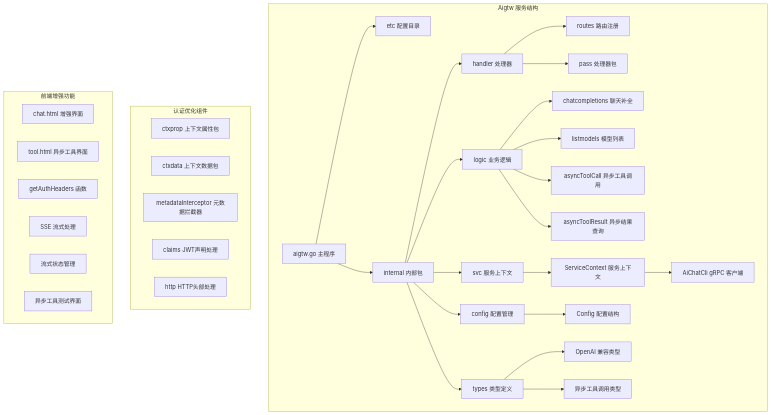
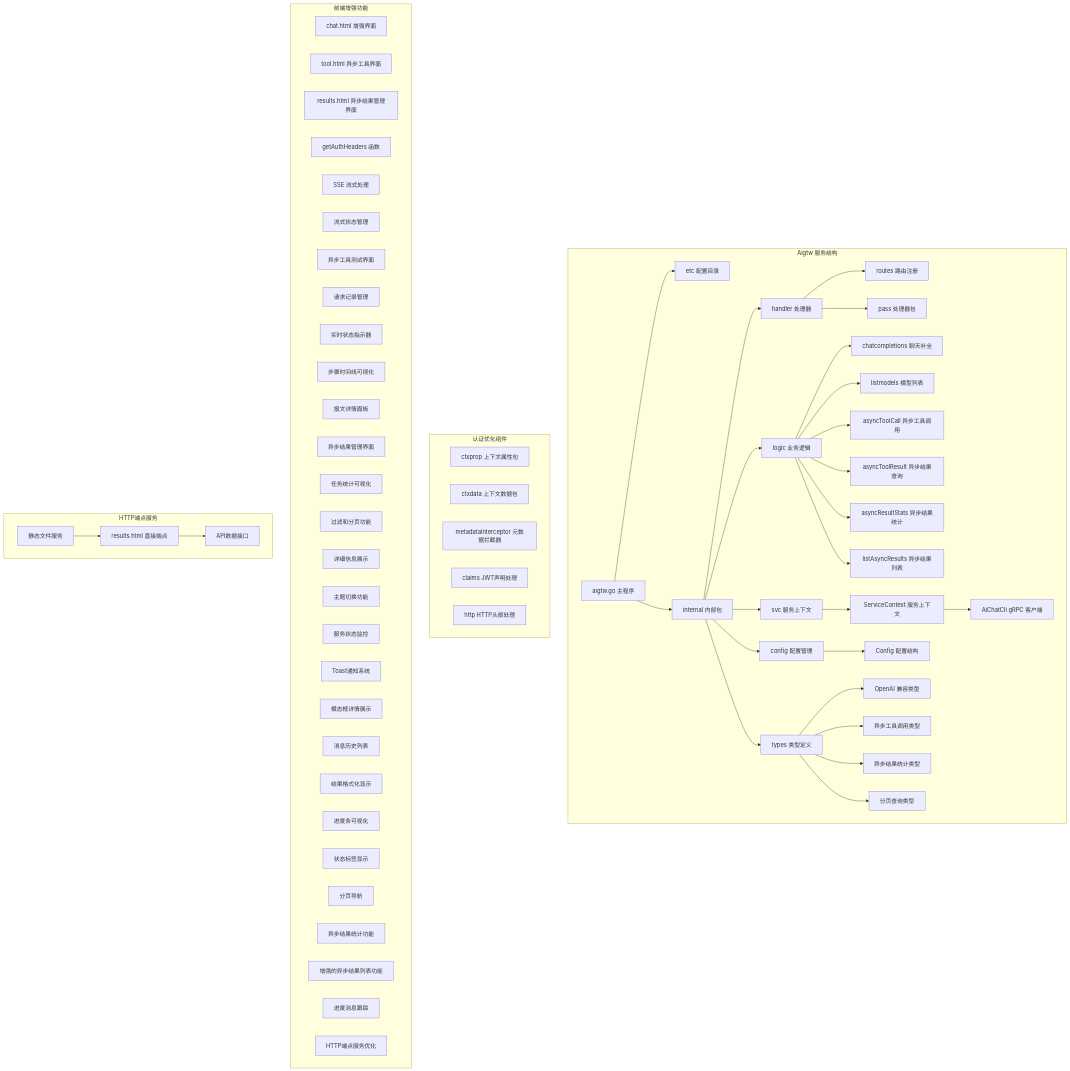
One commit to maomao94/zero-service changed the first of 36 diagrams in .qoder/repowiki/zh/content/Aigtw Gateway Service.md. Above: the diagram before and after it, drawn with Mermaid. The commit also changed other lines of this file and 58 other files, not shown here.

First line of the commit message:
fix: 修复静态HTML文件路由，支持直接访问 /chat.html 等路径

````diff
--- a/.qoder/repowiki/zh/content/Aigtw Gateway Service.md
+++ b/.qoder/repowiki/zh/content/Aigtw Gateway Service.md
@@ -75,38 +92,71 @@
 ```mermaid
 graph TB
 subgraph "Aigtw 服务结构"
 A[aigtw.go 主程序] --> B[etc 配置目录]
 A --> C[internal 内部包]
 C --> D[config 配置管理]
 C --> E[handler 处理器]
 C --> F[logic 业务逻辑]
 C --> G[svc 服务上下文]
 C --> H[types 类型定义]
 E --> I[routes 路由注册]
 E --> J[pass 处理器包]
 F --> K[chatcompletions 聊天补全]
 F --> L[listmodels 模型列表]
 F --> M[asyncToolCall 异步工具调用]
 F --> N[asyncToolResult 异步结果查询]
-G --> O[ServiceContext 服务上下文]
-O --> P[AiChatCli gRPC 客户端]
-D --> Q[Config 配置结构]
-H --> R[OpenAI 兼容类型]
-H --> S[异步工具调用类型]
+F --> O[asyncResultStats 异步结果统计]
+F --> P[listAsyncResults 异步结果列表]
+G --> Q[ServiceContext 服务上下文]
+Q --> R[AiChatCli gRPC 客户端]
+D --> S[Config 配置结构]
+H --> T[OpenAI 兼容类型]
+H --> U[异步工具调用类型]
+H --> V[异步结果统计类型]
+H --> W[分页查询类型]
 end
 subgraph "认证优化组件"
-T[ctxprop 上下文属性包]
-U[ctxdata 上下文数据包]
-V[metadataInterceptor 元数据拦截器]
-W[claims JWT声明处理]
-X[http HTTP头部处理]
+X[ctxprop 上下文属性包]
+Y[ctxdata 上下文数据包]
+Z[metadataInterceptor 元数据拦截器]
+AA[claims JWT声明处理]
+BB[http HTTP头部处理]
 end
 subgraph "前端增强功能"
-Y[chat.html 增强界面]
-Z[tool.html 异步工具界面]
-AA[getAuthHeaders 函数]
-BB[SSE 流式处理]
-CC[流式状态管理]
-DD[异步工具测试界面]
+CC[chat.html 增强界面]
+DD[tool.html 异步工具界面]
+EE[results.html 异步结果管理界面]
+FF[getAuthHeaders 函数]
+GG[SSE 流式处理]
+HH[流式状态管理]
+II[异步工具测试界面]
+JJ[请求记录管理]
+KK[实时状态指示器]
+LL[步骤时间线可视化]
+MM[报文详情面板]
+NN[异步结果管理界面]
+OO[任务统计可视化]
+PP[过滤和分页功能]
+QQ[详细信息展示]
+RR[主题切换功能]
+SS[服务状态监控]
+TT[Toast通知系统]
+UU[模态框详情展示]
+VV[消息历史列表]
+WW[结果格式化显示]
+XX[进度条可视化]
+YY[状态标签显示]
+ZZ[分页导航]
+AAA[异步结果统计功能]
+BBB[增强的异步结果列表功能]
+CCC[进度消息跟踪]
+DDD[HTTP端点服务优化]
 end
+subgraph "HTTP端点服务"
+EEE[静态文件服务]
+FFF[results.html 直接端点]
+GGG[API数据接口]
+end
+EEE --> FFF
+FFF --> GGG
 ```
````
